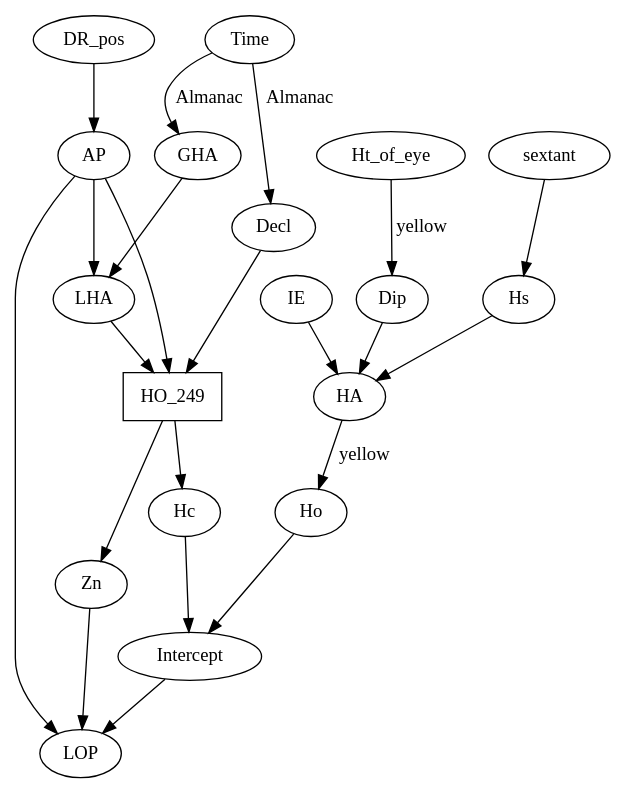
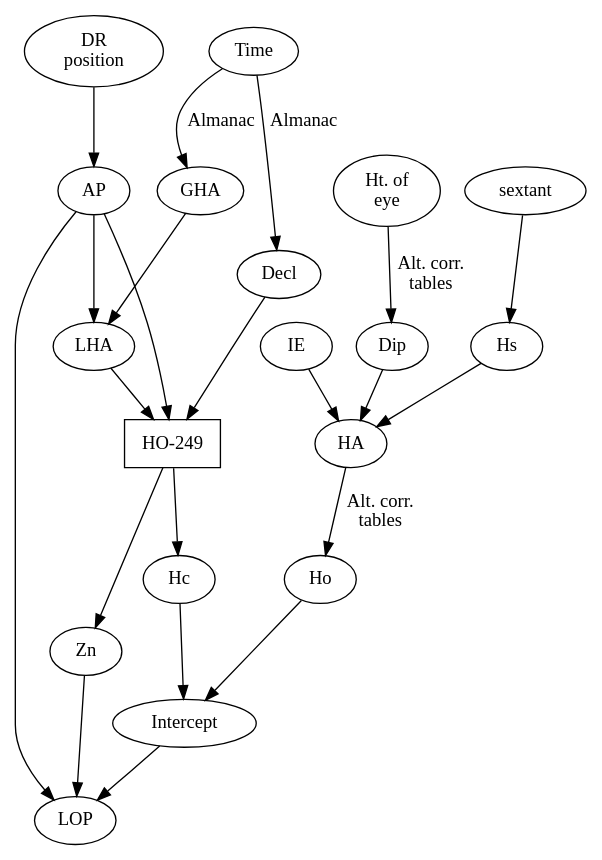
Before and after one commit to zimolzak/Sight-reduction-problems: the diagram in sight reduction.dot, drawn with Graphviz.

Commit message:
Make labels even more descriptive.

```diff
--- a/sight reduction.dot
+++ b/sight reduction.dot
@@ -1,33 +1,37 @@
 digraph {
+
+DR_pos [label="DR\nposition"]
+Ht_of_eye [label="Ht. of\neye"]
+HO_249 [label="HO-249"]
 
 sextant -> Hs
 Hs -> HA
 IE -> HA
-Ht_of_eye -> Dip [label="yellow"]
+Ht_of_eye -> Dip [label="Alt. corr.\ntables"]
 Dip -> HA
-HA -> Ho [label="yellow"]
+HA -> Ho [label="Alt. corr.\ntables"]
 
 Time -> GHA [label="Almanac"]
 Time -> Decl [label="Almanac"]
 
 DR_pos -> AP
 AP -> LHA
 GHA -> LHA
 
 HO_249 [shape="rectangle"]
 
 AP -> HO_249
 LHA -> HO_249
 Decl -> HO_249
 
 HO_249 -> Hc
 HO_249 -> Zn
 
 Ho -> Intercept
 Hc -> Intercept
 
 AP -> LOP
 Zn -> LOP
 Intercept -> LOP
 
 }
```
